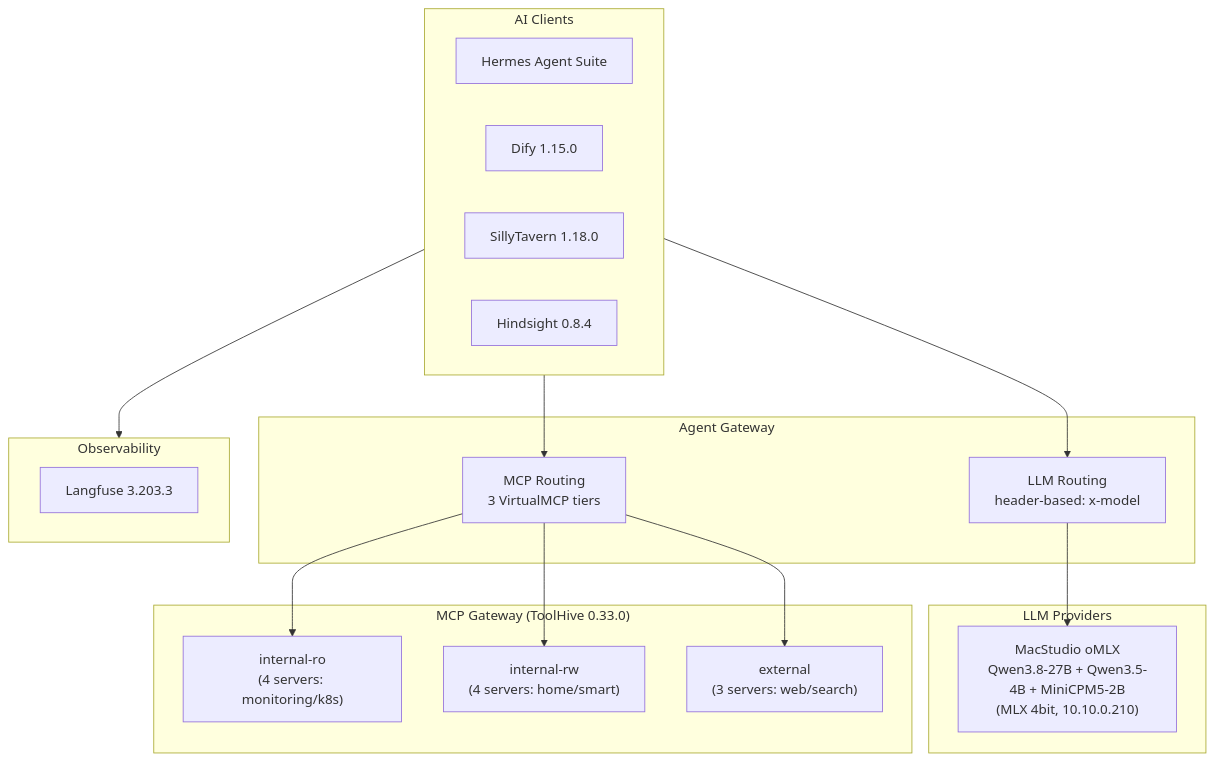
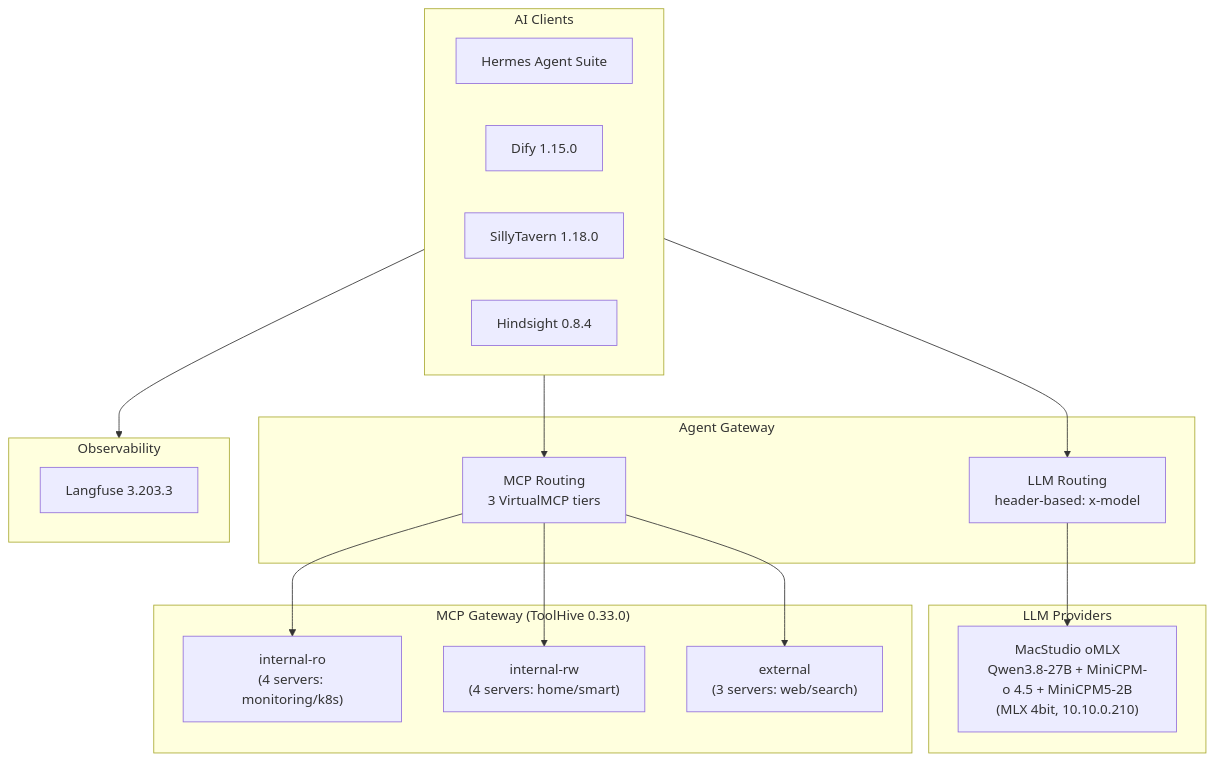
One commit to soulwhisper/homelab-ops changed the diagram in docs/application/ai.md. Above: the diagram before and after it, drawn with Mermaid. The commit also changed other lines of this file and 8 other files, not shown here.

````diff
--- a/docs/application/ai.md
+++ b/docs/application/ai.md
@@ -8,36 +8,36 @@
 ```mermaid
 flowchart TB
     subgraph Clients["AI Clients"]
         Hermes["Hermes Agent Suite"]
         Dify["Dify 1.15.0"]
         ST["SillyTavern 1.18.0"]
         HS["Hindsight 0.8.4"]
     end
 
     subgraph Gateway["Agent Gateway"]
         AG-LLM["LLM Routing<br/>header-based: x-model"]
         AG-MCP["MCP Routing<br/>3 VirtualMCP tiers"]
     end
 
     subgraph LLM["LLM Providers"]
-        Studio["MacStudio oMLX<br/>Qwen3.8-27B + Qwen3.5-4B + MiniCPM5-2B<br/>(MLX 4bit, 10.10.0.210)"]
+        Studio["MacStudio oMLX<br/>Qwen3.8-27B + MiniCPM-o 4.5 + MiniCPM5-2B<br/>(MLX 4bit, 10.10.0.210)"]
     end
 
     subgraph MCP["MCP Gateway (ToolHive 0.33.0)"]
         VMCP-RO["internal-ro<br/>(4 servers: monitoring/k8s)"]
         VMCP-RW["internal-rw<br/>(4 servers: home/smart)"]
         VMCP-EXT["external<br/>(3 servers: web/search)"]
     end
 
     subgraph Obs["Observability"]
         Langfuse["Langfuse 3.203.3"]
     end
 
     Clients --> AG-LLM
     Clients --> AG-MCP
     AG-LLM --> Studio
     AG-MCP --> VMCP-RO
     AG-MCP --> VMCP-RW
     AG-MCP --> VMCP-EXT
     Clients --> Obs
 ```
````
